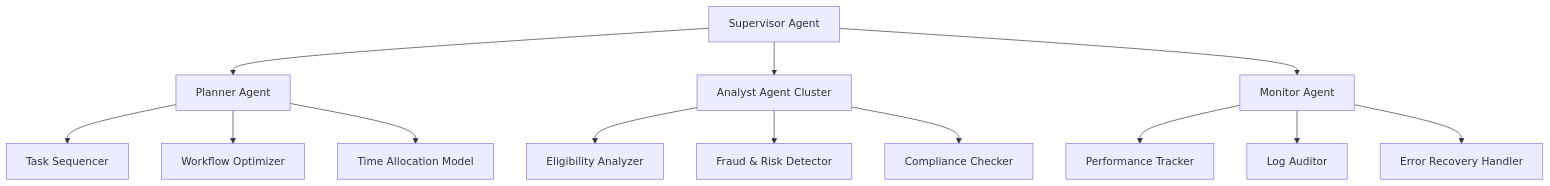
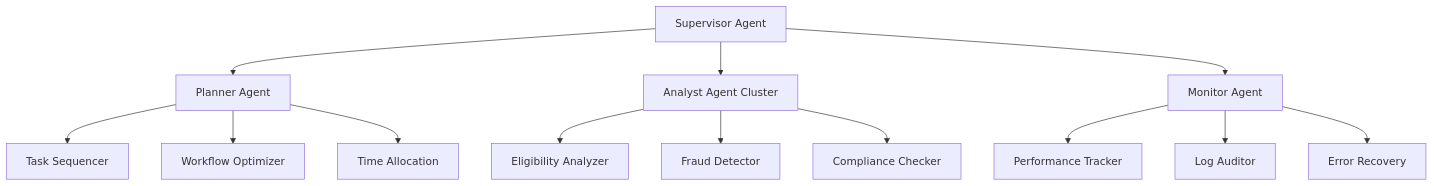
Before and after one commit to jfbinTECHA/brain-swarm: the third of 6 diagrams in docs/EBT_LIVEHEAP_SYSTEM_DESIGN.md, drawn with Mermaid. The commit also changed other lines of this file and 2 other files, not shown here.

Commit message:
Fix Mermaid diagrams for GitHub compatibility (remove emojis and <br> tags)

````diff
--- a/docs/EBT_LIVEHEAP_SYSTEM_DESIGN.md
+++ b/docs/EBT_LIVEHEAP_SYSTEM_DESIGN.md
@@ -73,15 +73,15 @@
 ```mermaid
 graph TD
     S[Supervisor Agent] --> A1[Planner Agent]
     S --> A2[Analyst Agent Cluster]
     S --> A3[Monitor Agent]
     A1 --> P1[Task Sequencer]
     A1 --> P2[Workflow Optimizer]
-    A1 --> P3[Time Allocation Model]
+    A1 --> P3[Time Allocation]
     A2 --> B1[Eligibility Analyzer]
-    A2 --> B2[Fraud & Risk Detector]
+    A2 --> B2[Fraud Detector]
     A2 --> B3[Compliance Checker]
     A3 --> M1[Performance Tracker]
     A3 --> M2[Log Auditor]
-    A3 --> M3[Error Recovery Handler]
+    A3 --> M3[Error Recovery]
 ```
````
